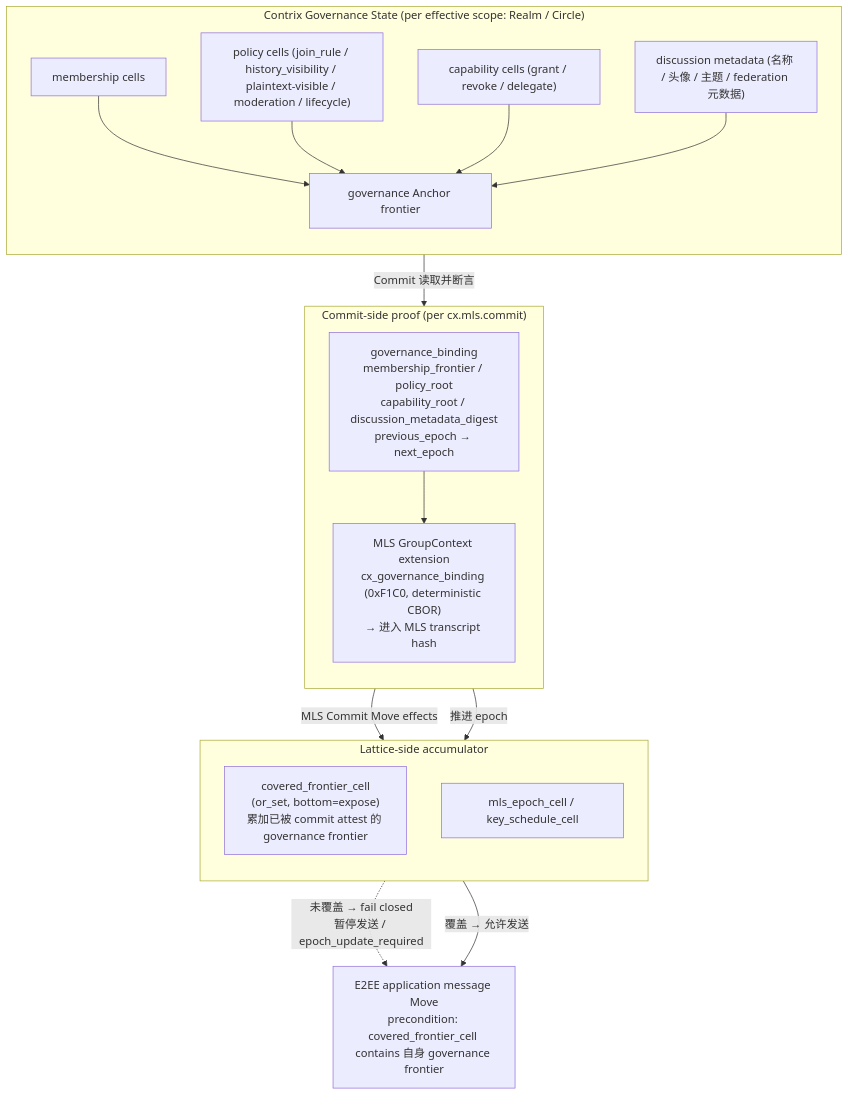
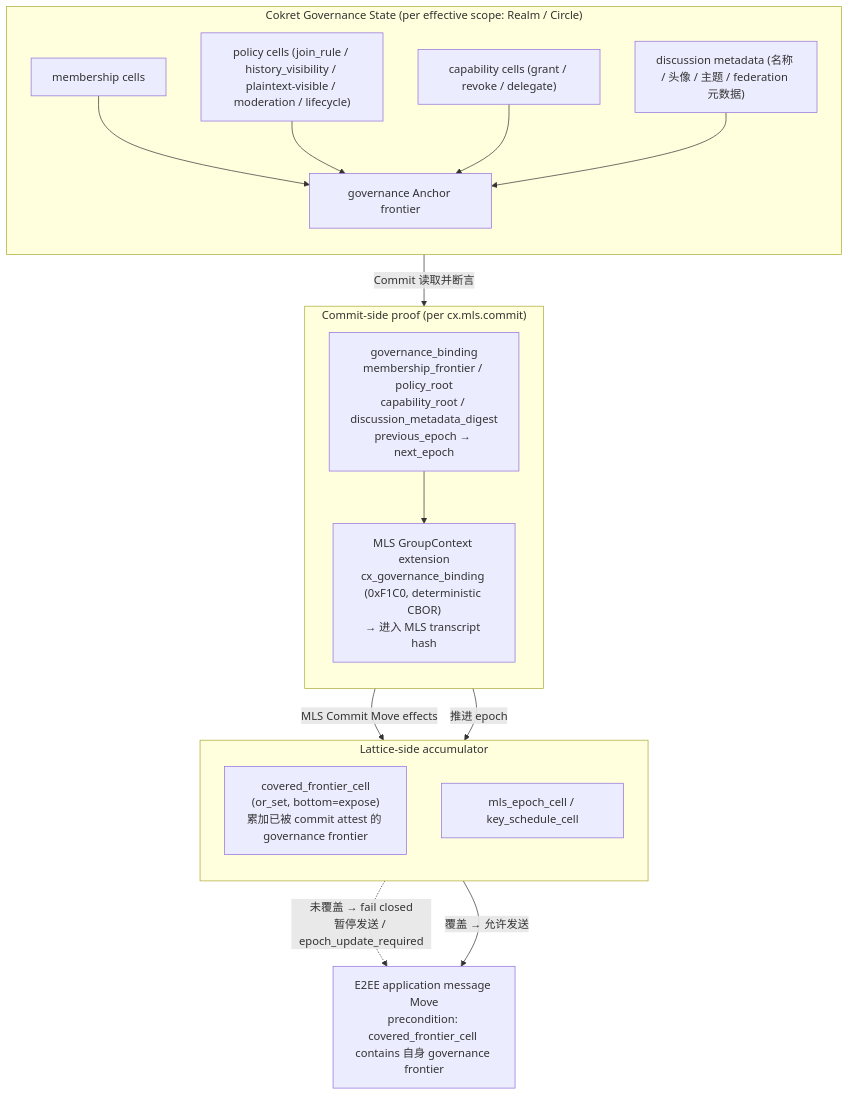
One commit to arkret-org/arkret-spec changed the second of 2 diagrams in spec/v1/zh/crypto-media/encryption-and-audit.md. Above: the diagram before and after it, drawn with Mermaid. The commit also changed other lines of this file and 217 other files, not shown here.

Commit message:
rename contrix to cokret

````diff
--- a/spec/v1/zh/crypto-media/encryption-and-audit.md
+++ b/spec/v1/zh/crypto-media/encryption-and-audit.md
@@ -340,36 +340,36 @@
 ```mermaid
 flowchart TB
-    subgraph GS ["Contrix Governance State (per effective scope: Realm / Circle)"]
+    subgraph GS ["Cokret Governance State (per effective scope: Realm / Circle)"]
         direction TB
         Memb["membership cells"]
         Pol["policy cells (join_rule / history_visibility / plaintext-visible / moderation / lifecycle)"]
         Cap["capability cells (grant / revoke / delegate)"]
         Disc["discussion metadata (名称 / 头像 / 主题 / federation 元数据)"]
         Anc["governance Anchor frontier"]
         Memb --> Anc
         Pol --> Anc
         Cap --> Anc
         Disc --> Anc
     end
 
     subgraph CS ["Commit-side proof (per cx.mls.commit)"]
         direction TB
         GB["governance_binding<br/>membership_frontier / policy_root<br/>capability_root / discussion_metadata_digest<br/>previous_epoch → next_epoch"]
         Trans["MLS GroupContext extension<br/>cx_governance_binding (0xF1C0, deterministic CBOR)<br/>→ 进入 MLS transcript hash"]
         GB --> Trans
     end
 
     subgraph LS ["Lattice-side accumulator"]
         direction TB
         CFC["covered_frontier_cell<br/>(or_set, bottom=expose)<br/>累加已被 commit attest 的 governance frontier"]
         EpC["mls_epoch_cell / key_schedule_cell"]
     end
 
     Anc -- "Commit 读取并断言" --> GB
     GB -- "MLS Commit Move effects" --> CFC
     GB -- "推进 epoch" --> EpC
 
     Msg["E2EE application message Move<br/>precondition: covered_frontier_cell contains 自身 governance frontier"]
     CFC -. "未覆盖 → fail closed<br/>暂停发送 / epoch_update_required" .-> Msg
     CFC -- "覆盖 → 允许发送" --> Msg
 ```
````
